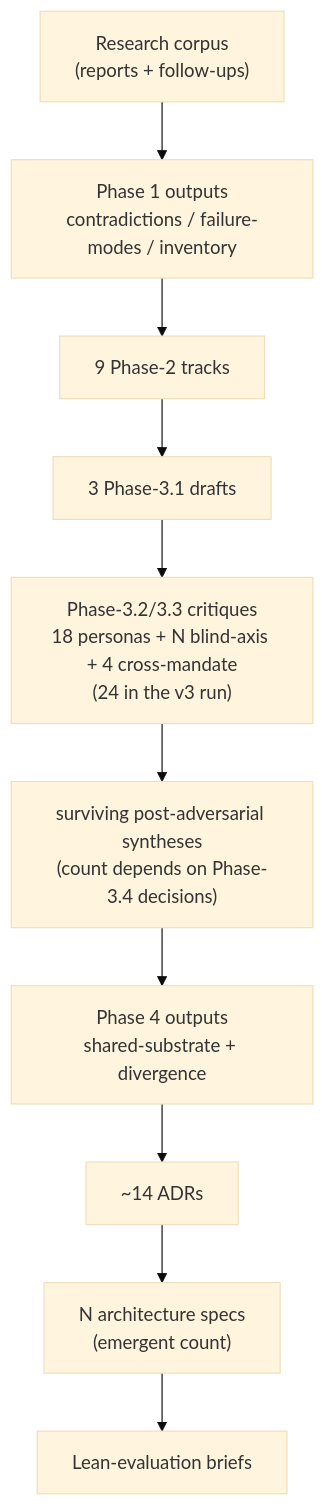
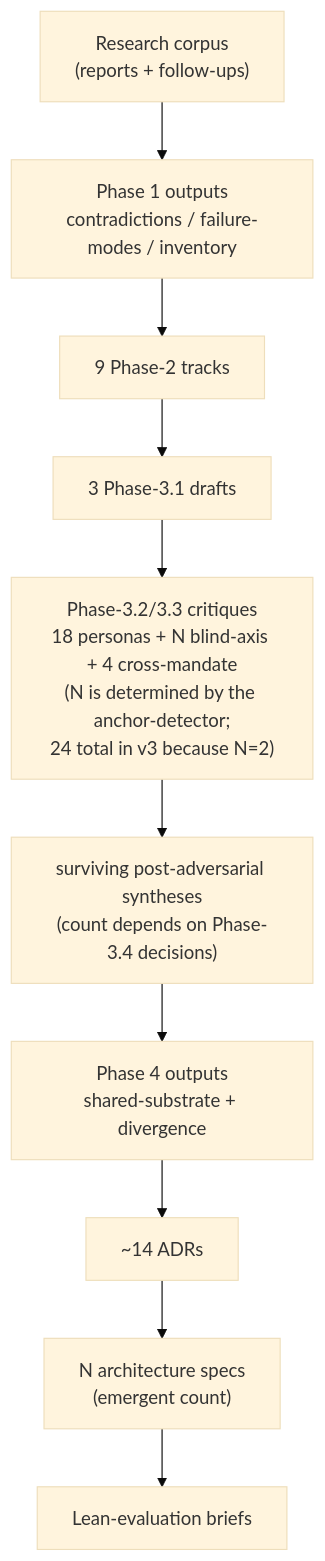
The fourth of 11 diagrams in research-plan-v3-primer.md (lago-morph/software-factory), drawn with Mermaid (base theme) before and after one commit. The commit also changed other lines of this file, not shown here.

Commit message:
primer: apply round-5 clarity review fixes (final MEDIUMs)
Round-5 review found 0 HIGH, 2 MEDIUM, 2 LOW. Both MEDIUMs applied:

- §Process-discipline-patterns three-layer citation bullet now lists
  ALL THREE rules ('synthesis docs cite the raw corpus; specs cite
  synthesis; ADRs cite neither'), matching the Phase-6 description
  and the citation diagram. Earlier rounds had dropped the first
  clause.
- Data-flow diagram critiques node: clarified that N is determined
  by the anchor-detector and that 24 in v3 is because N=2. Removes
  the arithmetic ambiguity when the reader hits this node before
  N is defined later in the document.

LOWs not applied (out of scope for primer text):
- methodology-shape compound-term polish (the inline parenthetical
  definition is sufficient)
- guard mediator in external glossary but not body — the glossary
  belongs to the review subagent's persona, not the primer
  itself

````diff
--- a/research-plan-v3-primer.md
+++ b/research-plan-v3-primer.md
@@ -103,16 +103,16 @@
 ```mermaid
 flowchart TB
     CORPUS["Research corpus<br/>(reports + follow-ups)"]
     P1OUT["Phase 1 outputs<br/>contradictions / failure-modes / inventory"]
     TRACKS["9 Phase-2 tracks"]
     DRAFTS["3 Phase-3.1 drafts"]
-    CRITIQUES["Phase-3.2/3.3 critiques<br/>18 personas + N blind-axis + 4 cross-mandate<br/>(24 in the v3 run)"]
+    CRITIQUES["Phase-3.2/3.3 critiques<br/>18 personas + N blind-axis + 4 cross-mandate<br/>(N is determined by the anchor-detector;<br/>24 total in v3 because N=2)"]
     SV1["surviving post-adversarial syntheses<br/>(count depends on Phase-3.4 decisions)"]
     P4OUT["Phase 4 outputs<br/>shared-substrate + divergence"]
     ADRS["~14 ADRs"]
     SPECS["N architecture specs<br/>(emergent count)"]
     EVALS["Lean-evaluation briefs"]
 
     CORPUS --> P1OUT --> TRACKS --> DRAFTS
     DRAFTS --> CRITIQUES --> SV1 --> P4OUT --> ADRS --> SPECS --> EVALS
 ```
````
